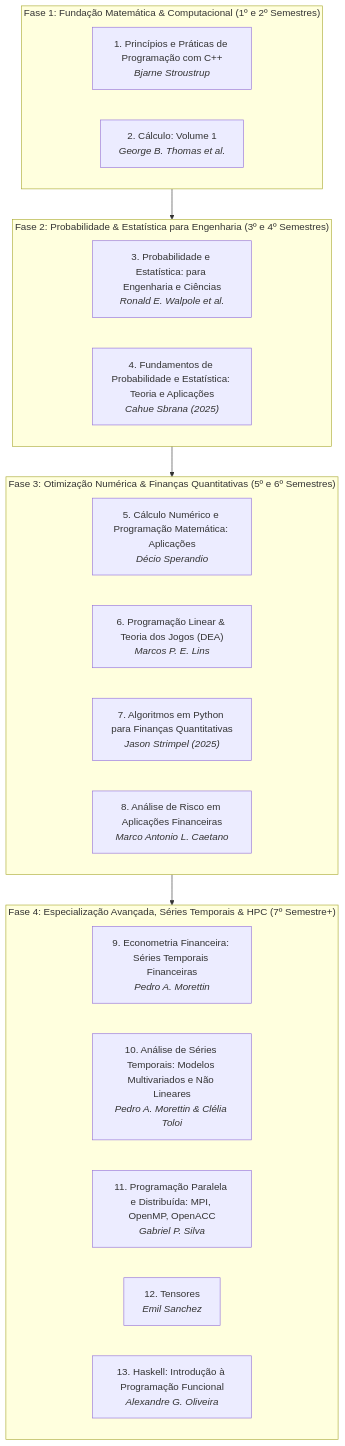
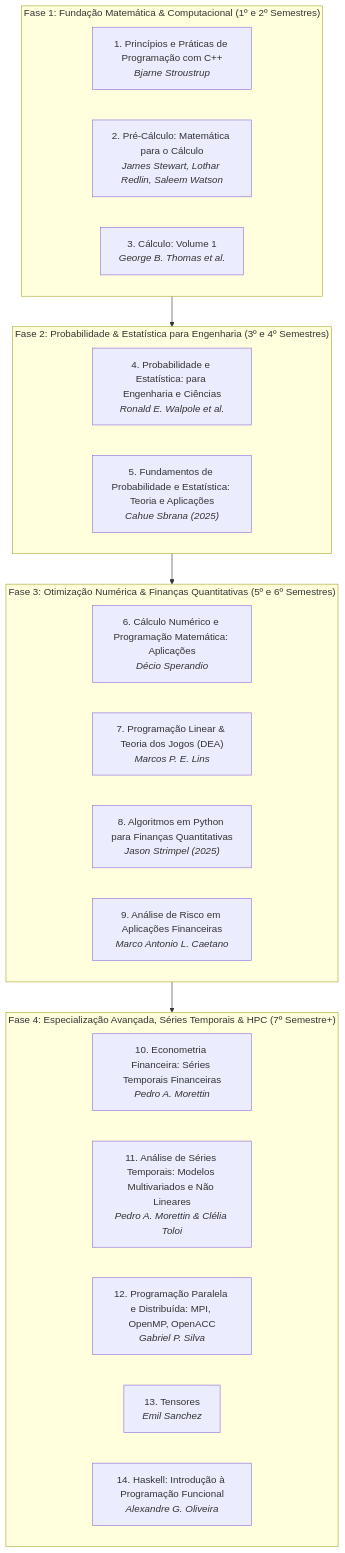
One commit to HenriqueFreire/Univesp changed the diagram in Plano_De_Estudos_Livros_UNIVESP.md. Above: the diagram before and after it, drawn with Mermaid. The commit also changed other lines of this file and 4 other files, not shown here.

````diff
--- a/Plano_De_Estudos_Livros_UNIVESP.md
+++ b/Plano_De_Estudos_Livros_UNIVESP.md
@@ -10,31 +10,32 @@
 ```mermaid
 flowchart TD
     subgraph F1["Fase 1: Fundação Matemática & Computacional (1º e 2º Semestres)"]
         L1["1. Princípios e Práticas de Programação com C++<br><i>Bjarne Stroustrup</i>"]
-        L2["2. Cálculo: Volume 1<br><i>George B. Thomas et al.</i>"]
+        L2["2. Pré-Cálculo: Matemática para o Cálculo<br><i>James Stewart, Lothar Redlin, Saleem Watson</i>"]
+        L3["3. Cálculo: Volume 1<br><i>George B. Thomas et al.</i>"]
     end
 
     subgraph F2["Fase 2: Probabilidade & Estatística para Engenharia (3º e 4º Semestres)"]
-        L3["3. Probabilidade e Estatística: para Engenharia e Ciências<br><i>Ronald E. Walpole et al.</i>"]
-        L4["4. Fundamentos de Probabilidade e Estatística: Teoria e Aplicações<br><i>Cahue Sbrana (2025)</i>"]
+        L4["4. Probabilidade e Estatística: para Engenharia e Ciências<br><i>Ronald E. Walpole et al.</i>"]
+        L5["5. Fundamentos de Probabilidade e Estatística: Teoria e Aplicações<br><i>Cahue Sbrana (2025)</i>"]
     end
 
     subgraph F3["Fase 3: Otimização Numérica & Finanças Quantitativas (5º e 6º Semestres)"]
-        L5["5. Cálculo Numérico e Programação Matemática: Aplicações<br><i>Décio Sperandio</i>"]
-        L6["6. Programação Linear & Teoria dos Jogos (DEA)<br><i>Marcos P. E. Lins</i>"]
-        L7["7. Algoritmos em Python para Finanças Quantitativas<br><i>Jason Strimpel (2025)</i>"]
-        L8["8. Análise de Risco em Aplicações Financeiras<br><i>Marco Antonio L. Caetano</i>"]
+        L6["6. Cálculo Numérico e Programação Matemática: Aplicações<br><i>Décio Sperandio</i>"]
+        L7["7. Programação Linear & Teoria dos Jogos (DEA)<br><i>Marcos P. E. Lins</i>"]
+        L8["8. Algoritmos em Python para Finanças Quantitativas<br><i>Jason Strimpel (2025)</i>"]
+        L9["9. Análise de Risco em Aplicações Financeiras<br><i>Marco Antonio L. Caetano</i>"]
     end
 
     subgraph F4["Fase 4: Especialização Avançada, Séries Temporais & HPC (7º Semestre+)"]
-        L9["9. Econometria Financeira: Séries Temporais Financeiras<br><i>Pedro A. Morettin</i>"]
-        L10["10. Análise de Séries Temporais: Modelos Multivariados e Não Lineares<br><i>Pedro A. Morettin & Clélia Toloi</i>"]
-        L11["11. Programação Paralela e Distribuída: MPI, OpenMP, OpenACC<br><i>Gabriel P. Silva</i>"]
-        L12["12. Tensores<br><i>Emil Sanchez</i>"]
-        L13["13. Haskell: Introdução à Programação Funcional<br><i>Alexandre G. Oliveira</i>"]
+        L10["10. Econometria Financeira: Séries Temporais Financeiras<br><i>Pedro A. Morettin</i>"]
+        L11["11. Análise de Séries Temporais: Modelos Multivariados e Não Lineares<br><i>Pedro A. Morettin & Clélia Toloi</i>"]
+        L12["12. Programação Paralela e Distribuída: MPI, OpenMP, OpenACC<br><i>Gabriel P. Silva</i>"]
+        L13["13. Tensores<br><i>Emil Sanchez</i>"]
+        L14["14. Haskell: Introdução à Programação Funcional<br><i>Alexandre G. Oliveira</i>"]
     end
 
     F1 --> F2
     F2 --> F3
     F3 --> F4
 ```
````
